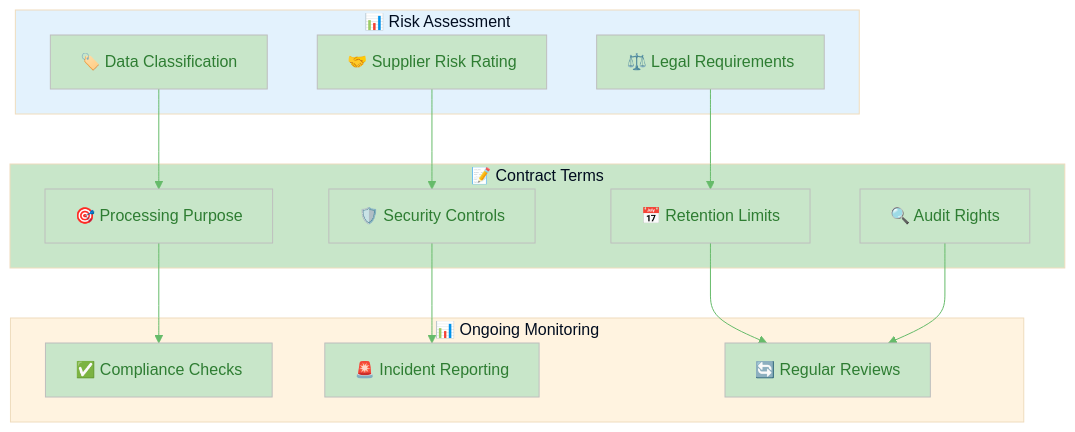
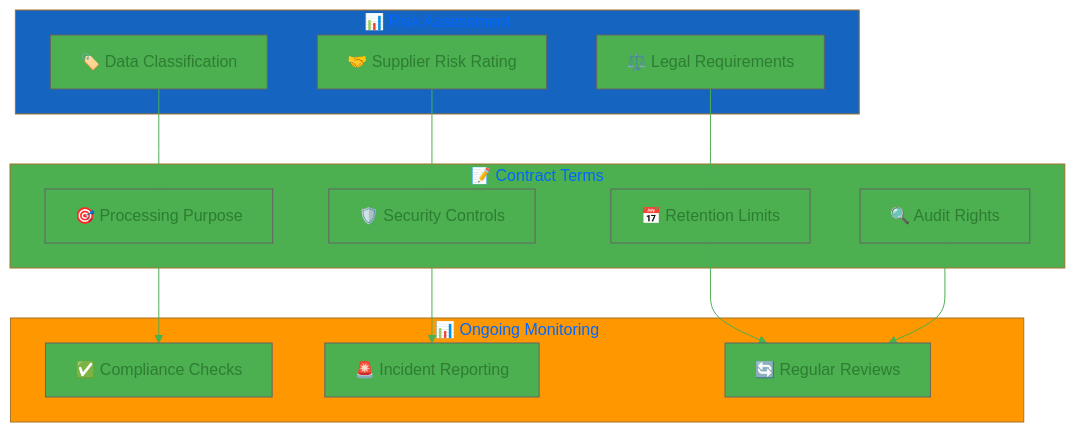
Before and after one commit to Hack23/ISMS-PUBLIC: the eighth of 10 diagrams in Data_Classification_Policy.md, drawn with Mermaid. The commit also changed other lines of this file and 35 other files, not shown here.

````diff
--- a/Data_Classification_Policy.md
+++ b/Data_Classification_Policy.md
@@ -785,45 +785,45 @@
 ```mermaid
 %%{
   init: {
     'theme': 'base',
     'themeVariables': {
-      'primaryColor': '#c8e6c9',
-      'primaryTextColor': '#2e7d32',
-      'lineColor': '#66bb6a',
-      'secondaryColor': '#e3f2fd',
-      'tertiaryColor': '#fff3e0'
+      'primaryColor': '#4CAF50',
+      'primaryTextColor': '#2E7D32',
+      'lineColor': '#4CAF50',
+      'secondaryColor': '#1565C0',
+      'tertiaryColor': '#FF9800'
     }
   }
 }%%
 flowchart TD
     subgraph ASSESSMENT["📊 Risk Assessment"]
         CLASSIFY[🏷️ Data Classification]
         SUPPLIER[🤝 Supplier Risk Rating]
         LEGAL[⚖️ Legal Requirements]
     end
     
     subgraph CONTRACT["📝 Contract Terms"]
         PURPOSE[🎯 Processing Purpose]
         CONTROLS[🛡️ Security Controls]
         RETENTION[📅 Retention Limits]
         AUDIT[🔍 Audit Rights]
     end
     
     subgraph MONITORING["📊 Ongoing Monitoring"]
         COMPLIANCE[✅ Compliance Checks]
         INCIDENTS[🚨 Incident Reporting]
         REVIEWS[🔄 Regular Reviews]
     end
     
     CLASSIFY --> PURPOSE
     SUPPLIER --> CONTROLS
     LEGAL --> RETENTION
     PURPOSE --> COMPLIANCE
     CONTROLS --> INCIDENTS
     RETENTION --> REVIEWS
     AUDIT --> REVIEWS
     
-    style ASSESSMENT fill:#e3f2fd
-    style CONTRACT fill:#c8e6c9
-    style MONITORING fill:#fff3e0
+    style ASSESSMENT fill:#1565C0
+    style CONTRACT fill:#4CAF50
+    style MONITORING fill:#FF9800
 ```
````
